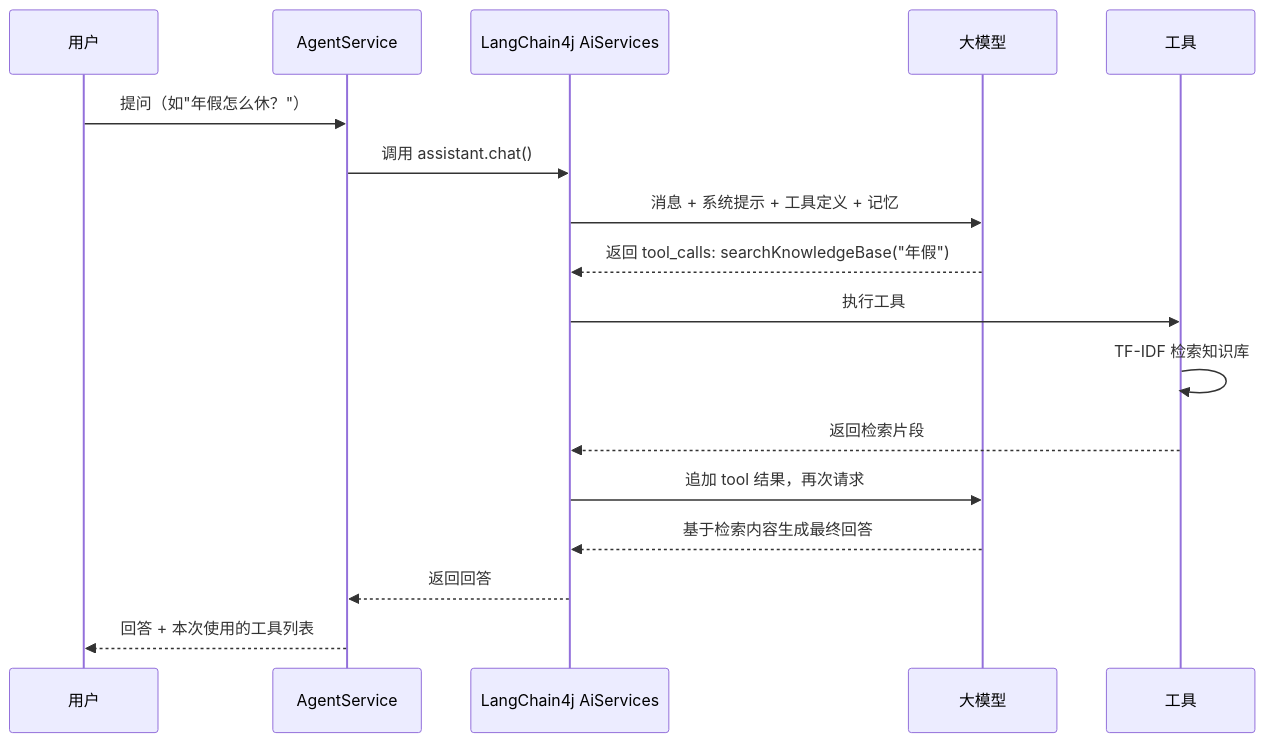
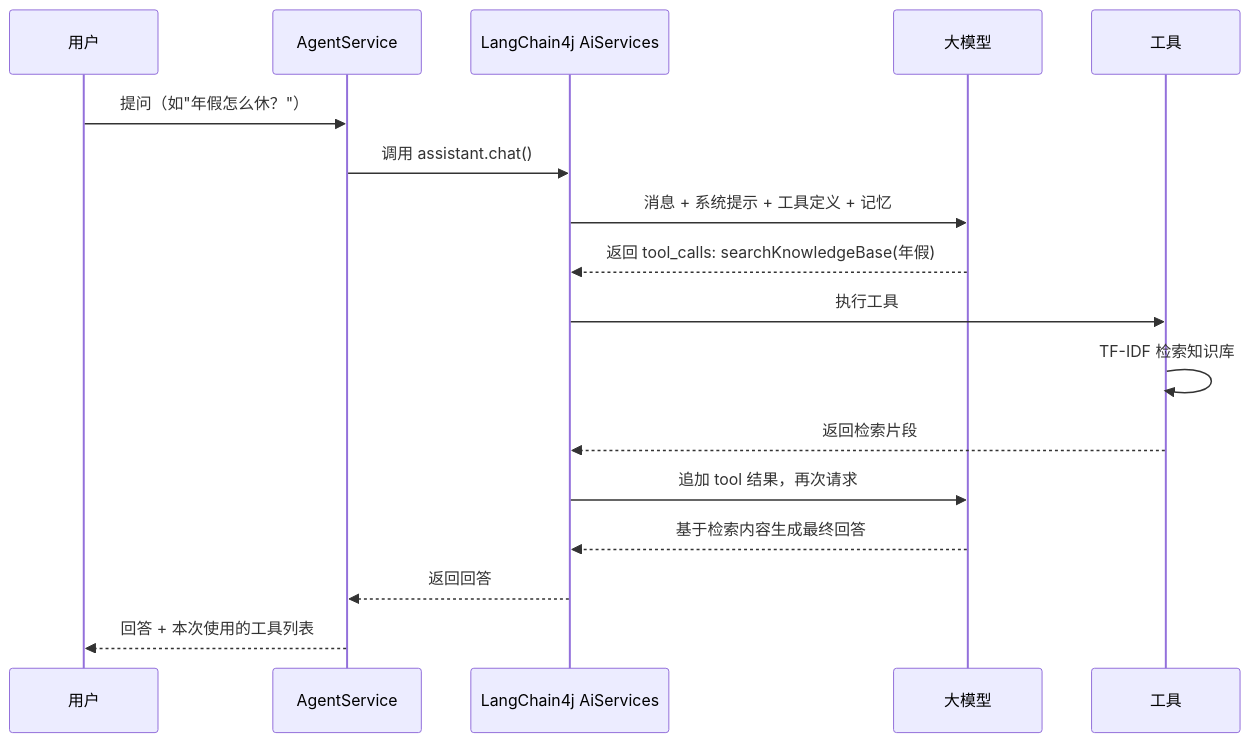
One commit to huayueqiongying/kb-agent changed the second of 2 diagrams in README.md. Above: the diagram before and after it, drawn with Mermaid. The commit also changed other lines of this file, not shown here.

Commit message:
docs: 修复 README Mermaid 图渲染（引号包裹特殊字符），精简正文至快速开始

````diff
--- a/README.md
+++ b/README.md
@@ -40,20 +40,20 @@
 ```mermaid
 sequenceDiagram
     participant U as 用户
     participant A as AgentService
     participant LC4J as LangChain4j AiServices
     participant LLM as 大模型
     participant T as 工具
 
     U->>A: 提问（如"年假怎么休？"）
     A->>LC4J: 调用 assistant.chat()
     LC4J->>LLM: 消息 + 系统提示 + 工具定义 + 记忆
-    LLM-->>LC4J: 返回 tool_calls: searchKnowledgeBase("年假")
+    LLM-->>LC4J: 返回 tool_calls: searchKnowledgeBase(年假)
     LC4J->>T: 执行工具
     T->>T: TF-IDF 检索知识库
     T-->>LC4J: 返回检索片段
     LC4J->>LLM: 追加 tool 结果，再次请求
     LLM-->>LC4J: 基于检索内容生成最终回答
     LC4J-->>A: 返回回答
     A-->>U: 回答 + 本次使用的工具列表
 ```
````
